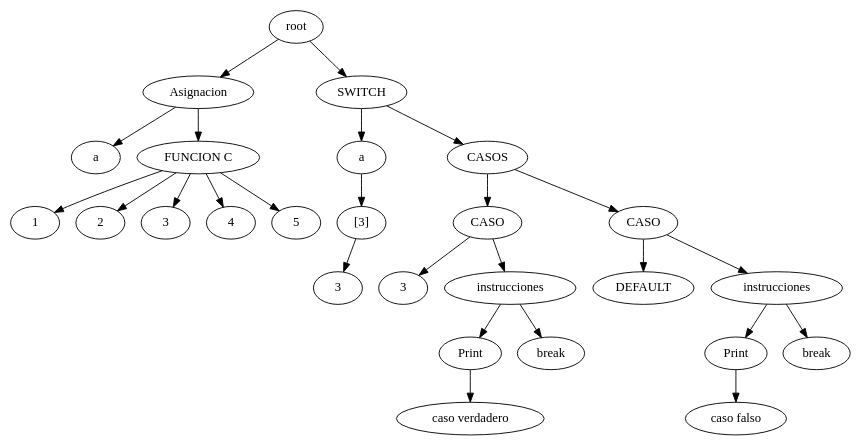
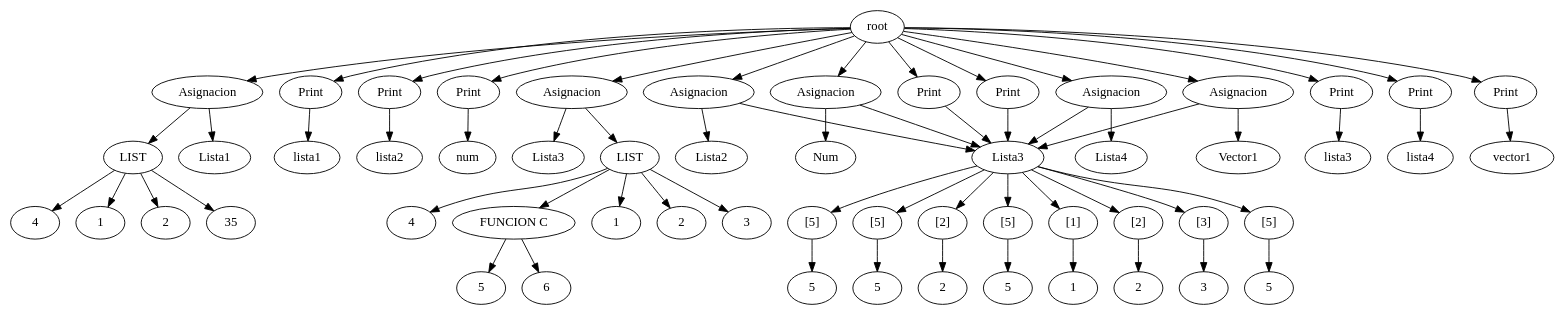
Before and after one commit to EverChicas/ARIT: the diagram in SoftwareArit/AST.dot, drawn with Graphviz. The commit also changed 13 other files, not shown here.

```diff
--- a/SoftwareArit/AST.dot
+++ b/SoftwareArit/AST.dot
@@ -1,58 +1,133 @@
 digraph G{
-25 [label = "root"];
-7 [label = "a"];
-8 [label = "Asignacion"];
-8 -> 7;
-6[label = "FUNCION C"];
+rankir=TD;
+56 [label = "root"];
+6 [label = "Lista1"];
+7 [label = "Asignacion"];
+7 -> 6;
+5[label = "LIST"];
 1 [label = "1"];
 2 [label = "2"];
-3 [label = "3"];
+3 [label = "35"];
 4 [label = "4"];
-5 [label = "5"];
-6 -> 1;
-6 -> 2;
-6 -> 3;
-6 -> 4;
-6 -> 5;
-8 [label = "Asignacion"];
-8 -> 6;
-null[label = "a"];
-9 [label = "3"];
-10 [label = "[3]"];
-10 -> 9;
-null -> 10;
-24 [label = "SWITCH"];
-24 -> null;
-23[label = "CASOS"];
-11 [label = "3"];
-16 [label = "CASO"];
-16 -> 11;
-15[label = "instrucciones"];
-12 [label = "caso verdadero"];
-13 [label = "Print"];
+5 -> 1;
+5 -> 2;
+5 -> 3;
+5 -> 4;
+7 [label = "Asignacion"];
+7 -> 5;
+8 [label = "lista1"];
+9 [label = "Print"];
+9 -> 8;
+12 [label = "Lista2"];
+13 [label = "Asignacion"];
 13 -> 12;
-14 [label = "break"];
-15 -> 13;
+null[label = "Lista1"];
+10 [label = "2"];
+11 [label = "[2]"];
+11 -> 10;
+null -> 11;
+13 [label = "Asignacion"];
+13 -> null;
+14 [label = "lista2"];
+15 [label = "Print"];
 15 -> 14;
-16 [label = "CASO"];
-16 -> 15;
-22 [label = "DEFAULT"];
-21 [label = "CASO"];
-21 -> 22;
-20[label = "instrucciones"];
-17 [label = "caso falso"];
-18 [label = "Print"];
-18 -> 17;
-19 [label = "break"];
-20 -> 18;
-20 -> 19;
-21 [label = "CASO"];
+18 [label = "Num"];
+19 [label = "Asignacion"];
+19 -> 18;
+null[label = "Lista1"];
+16 [label = "3"];
+17 [label = "[3]"];
+17 -> 16;
+null -> 17;
+19 [label = "Asignacion"];
+19 -> null;
+20 [label = "num"];
+21 [label = "Print"];
 21 -> 20;
-23 -> 16;
-23 -> 21;
-24 [label = "SWITCH"];
-24 -> 23;
-25 -> 8;
-25 -> 24;
+30 [label = "Lista3"];
+31 [label = "Asignacion"];
+31 -> 30;
+29[label = "LIST"];
+22 [label = "1"];
+23 [label = "2"];
+24 [label = "3"];
+25 [label = "4"];
+28[label = "FUNCION C"];
+26 [label = "5"];
+27 [label = "6"];
+28 -> 26;
+28 -> 27;
+29 -> 22;
+29 -> 23;
+29 -> 24;
+29 -> 25;
+29 -> 28;
+31 [label = "Asignacion"];
+31 -> 29;
+32 [label = "lista3"];
+33 [label = "Print"];
+33 -> 32;
+36 [label = "Lista4"];
+37 [label = "Asignacion"];
+37 -> 36;
+null[label = "Lista3"];
+34 [label = "5"];
+35 [label = "[5]"];
+35 -> 34;
+null -> 35;
+37 [label = "Asignacion"];
+37 -> null;
+38 [label = "lista4"];
+39 [label = "Print"];
+39 -> 38;
+42 [label = "Vector1"];
+43 [label = "Asignacion"];
+43 -> 42;
+null[label = "Lista3"];
+40 [label = "5"];
+41 [label = "[5]"];
+41 -> 40;
+null -> 41;
+43 [label = "Asignacion"];
+43 -> null;
+44 [label = "vector1"];
+45 [label = "Print"];
+45 -> 44;
+null[label = "Lista3"];
+46 [label = "5"];
+47 [label = "[5]"];
+47 -> 46;
+48 [label = "2"];
+49 [label = "[2]"];
+49 -> 48;
+null -> 47;
+null -> 49;
+50 [label = "Print"];
+50 -> null;
+null[label = "Lista3"];
+51 [label = "5"];
+52 [label = "[5]"];
+52 -> 51;
+53 [label = "1"];
+54 [label = "[1]"];
+54 -> 53;
+null -> 52;
+null -> 54;
+55 [label = "Print"];
+55 -> null;
+56 -> 7;
+56 -> 9;
+56 -> 13;
+56 -> 15;
+56 -> 19;
+56 -> 21;
+56 -> 31;
+56 -> 33;
+56 -> 37;
+56 -> 39;
+56 -> 43;
+56 -> 45;
+56 -> 50;
+56 -> 55;
 
 }
```
